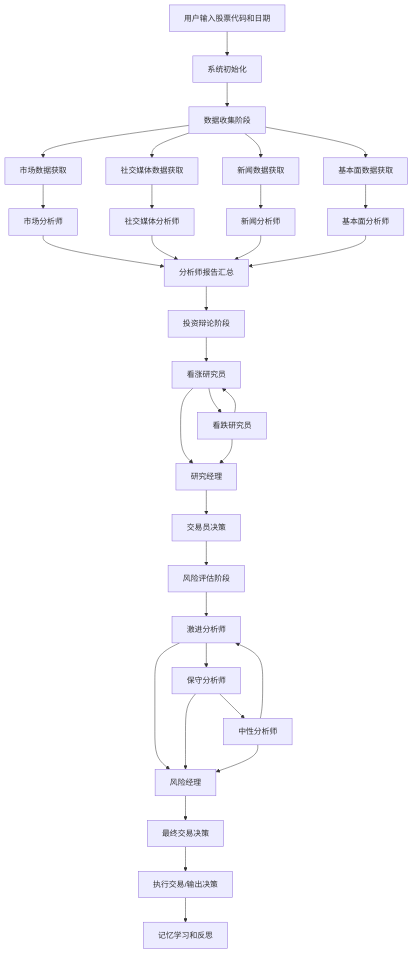
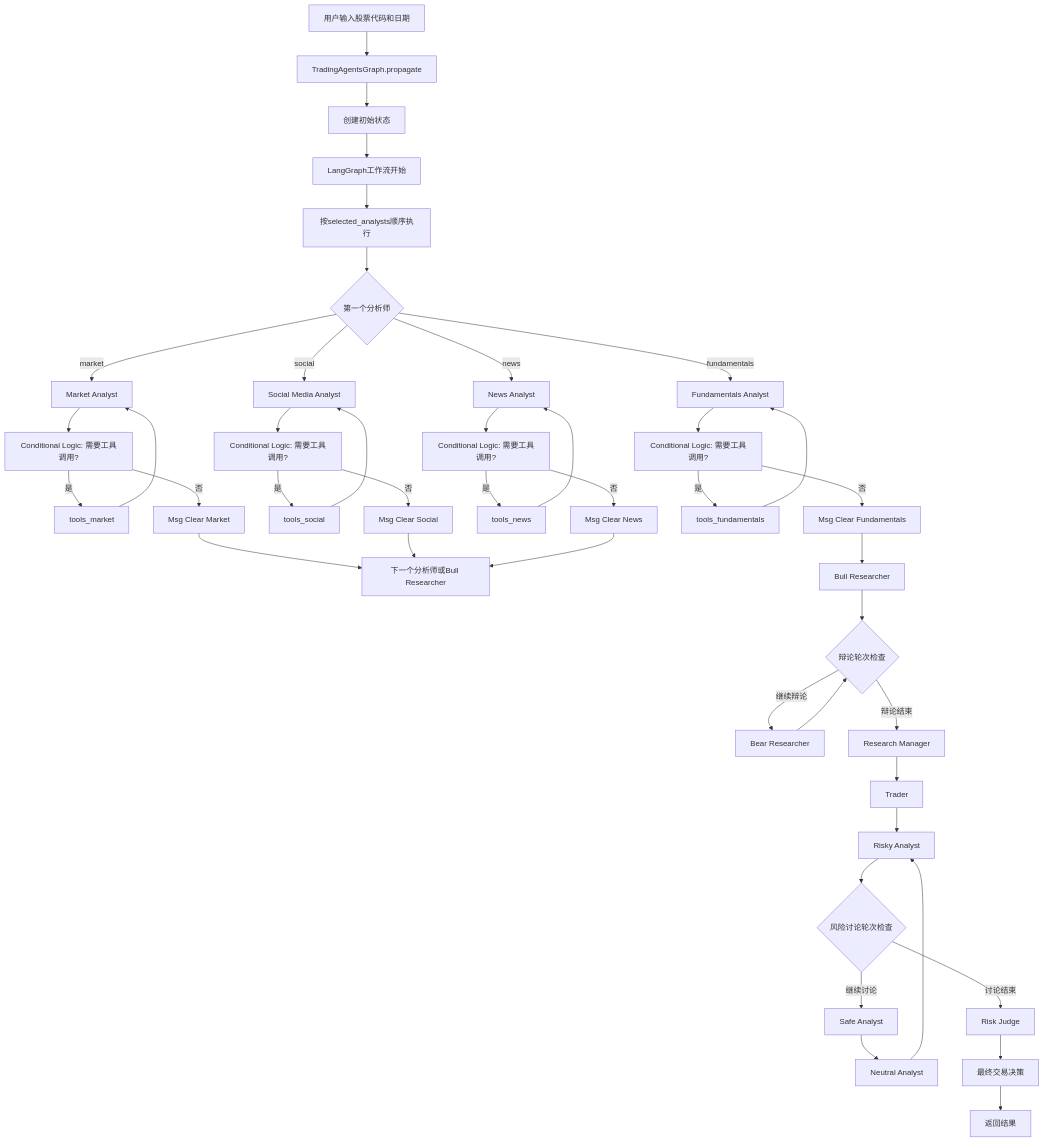
Before and after one commit to wangrenren611/TradingAgents: the first of 6 diagrams in TradingAgents_Architecture_Documentation.md, drawn with Mermaid. The commit also changed other lines of this file, not shown here.

First line of the commit message:
docs: 更新架构文档中的流程图和交互说明

````diff
--- a/TradingAgents_Architecture_Documentation.md
+++ b/TradingAgents_Architecture_Documentation.md
@@ -105,43 +105,56 @@
 ```mermaid
 graph TD
-    A[用户输入股票代码和日期] --> B[系统初始化]
-    B --> C[数据收集阶段]
+    A[用户输入股票代码和日期] --> B[TradingAgentsGraph.propagate]
+    B --> C[创建初始状态]
+    C --> D[LangGraph工作流开始]
 
-    C --> C1[市场数据获取]
-    C --> C2[社交媒体数据获取]
-    C --> C3[新闻数据获取]
-    C --> C4[基本面数据获取]
+    D --> E[按selected_analysts顺序执行]
 
-    C1 --> D1[市场分析师]
-    C2 --> D2[社交媒体分析师]
-    C3 --> D3[新闻分析师]
-    C4 --> D4[基本面分析师]
+    E --> F{第一个分析师}
+    F -->|market| G[Market Analyst]
+    F -->|social| H[Social Media Analyst]
+    F -->|news| I[News Analyst]
+    F -->|fundamentals| J[Fundamentals Analyst]
 
-    D1 --> E[分析师报告汇总]
-    D2 --> E
-    D3 --> E
-    D4 --> E
+    G --> K[Conditional Logic: 需要工具调用?]
+    K -->|是| L[tools_market]
+    L --> G
+    K -->|否| M[Msg Clear Market]
 
-    E --> F[投资辩论阶段]
-    F --> F1[看涨研究员]
-    F1 --> F2[看跌研究员]
-    F2 --> F1
+    H --> N[Conditional Logic: 需要工具调用?]
+    N -->|是| O[tools_social]
+    O --> H
+    N -->|否| P[Msg Clear Social]
 
-    F1 --> G[研究经理]
-    F2 --> G
-    G --> H[交易员决策]
+    I --> Q[Conditional Logic: 需要工具调用?]
+    Q -->|是| R[tools_news]
+    R --> I
+    Q -->|否| S[Msg Clear News]
 
-    H --> I[风险评估阶段]
-    I --> I1[激进分析师]
-    I1 --> I2[保守分析师]
-    I2 --> I3[中性分析师]
-    I3 --> I1
+    J --> T[Conditional Logic: 需要工具调用?]
+    T -->|是| U[tools_fundamentals]
+    U --> J
+    T -->|否| V[Msg Clear Fundamentals]
 
-    I1 --> J[风险经理]
-    I2 --> J
-    I3 --> J
-    J --> K[最终交易决策]
+    M --> W[下一个分析师或Bull Researcher]
+    P --> W
+    S --> W
+    V --> X[Bull Researcher]
 
-    K --> L[执行交易/输出决策]
-    L --> M[记忆学习和反思]
+    X --> Y{辩论轮次检查}
+    Y -->|继续辩论| Z[Bear Researcher]
+    Z --> Y
+    Y -->|辩论结束| AA[Research Manager]
+
+    AA --> BB[Trader]
+    BB --> CC[Risky Analyst]
+
+    CC --> DD{风险讨论轮次检查}
+    DD -->|继续讨论| EE[Safe Analyst]
+    EE --> FF[Neutral Analyst]
+    FF --> CC
+    DD -->|讨论结束| GG[Risk Judge]
+
+    GG --> HH[最终交易决策]
+    HH --> II[返回结果]
 ```
````
